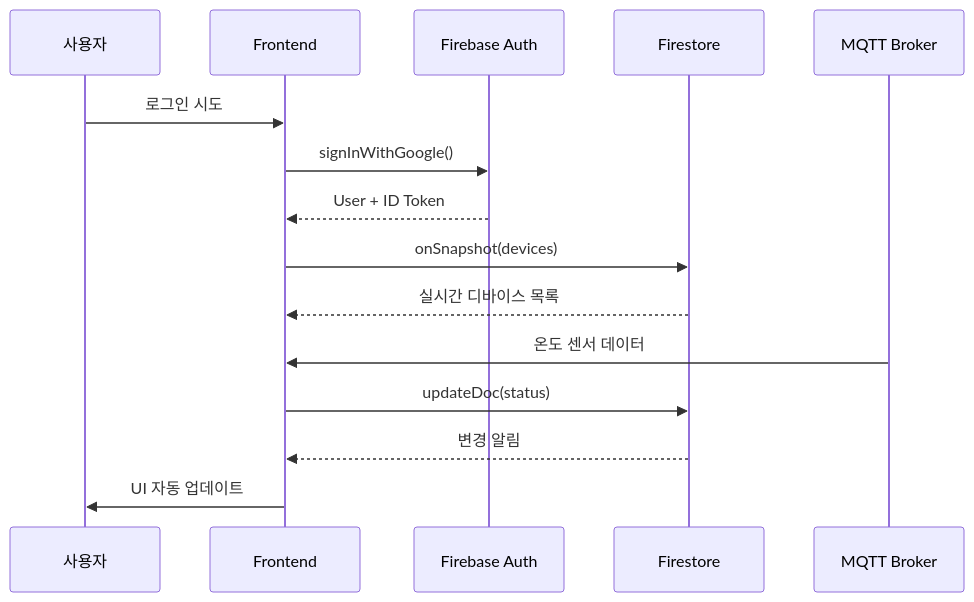
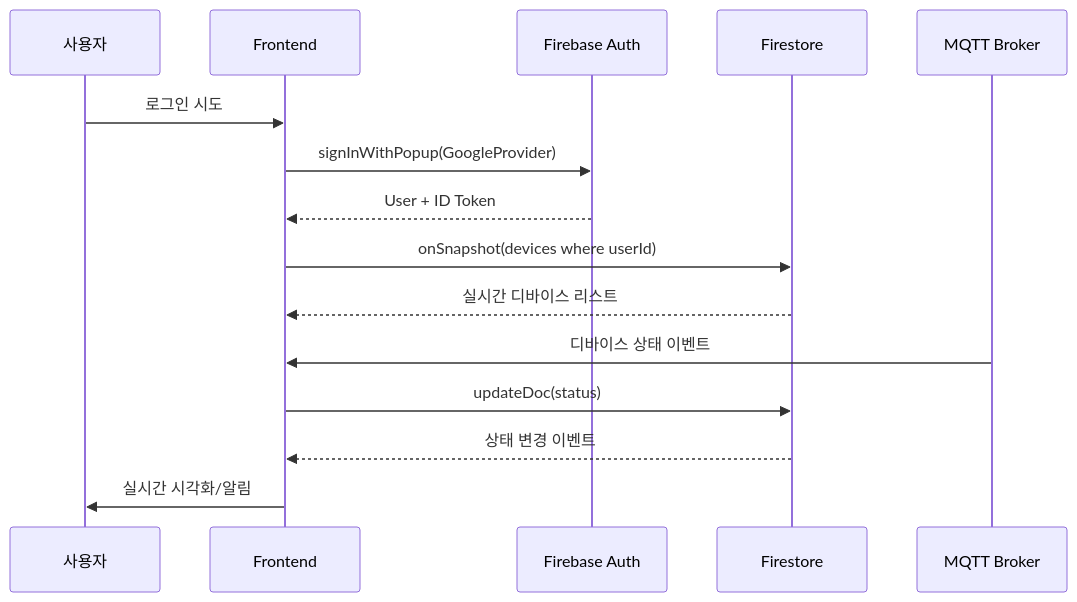
One commit to zenit9hub/aiot-device-manager changed the second of 2 diagrams in docs/2.0아키텍처.md. Above: the diagram before and after it, drawn with Mermaid. The commit also changed other lines of this file, not shown here.

Commit message:
Refine architecture roadmap

````diff
--- a/docs/2.0아키텍처.md
+++ b/docs/2.0아키텍처.md
@@ -116,20 +53,18 @@
 ```mermaid
 sequenceDiagram
     participant U as 사용자
     participant FE as Frontend
     participant AUTH as Firebase Auth
     participant FS as Firestore
     participant MQTT as MQTT Broker
-    
+
     U->>FE: 로그인 시도
-    FE->>AUTH: signInWithGoogle()
+    FE->>AUTH: signInWithPopup(GoogleProvider)
     AUTH-->>FE: User + ID Token
-    
-    FE->>FS: onSnapshot(devices)
-    FS-->>FE: 실시간 디바이스 목록
-    
-    MQTT->>FE: 온도 센서 데이터
+    FE->>FS: onSnapshot(devices where userId)
+    FS-->>FE: 실시간 디바이스 리스트
+    MQTT->>FE: 디바이스 상태 이벤트
     FE->>FS: updateDoc(status)
-    FS-->>FE: 변경 알림
-    FE->>U: UI 자동 업데이트
+    FS-->>FE: 상태 변경 이벤트
+    FE->>U: 실시간 시각화/알림
 ```
````
